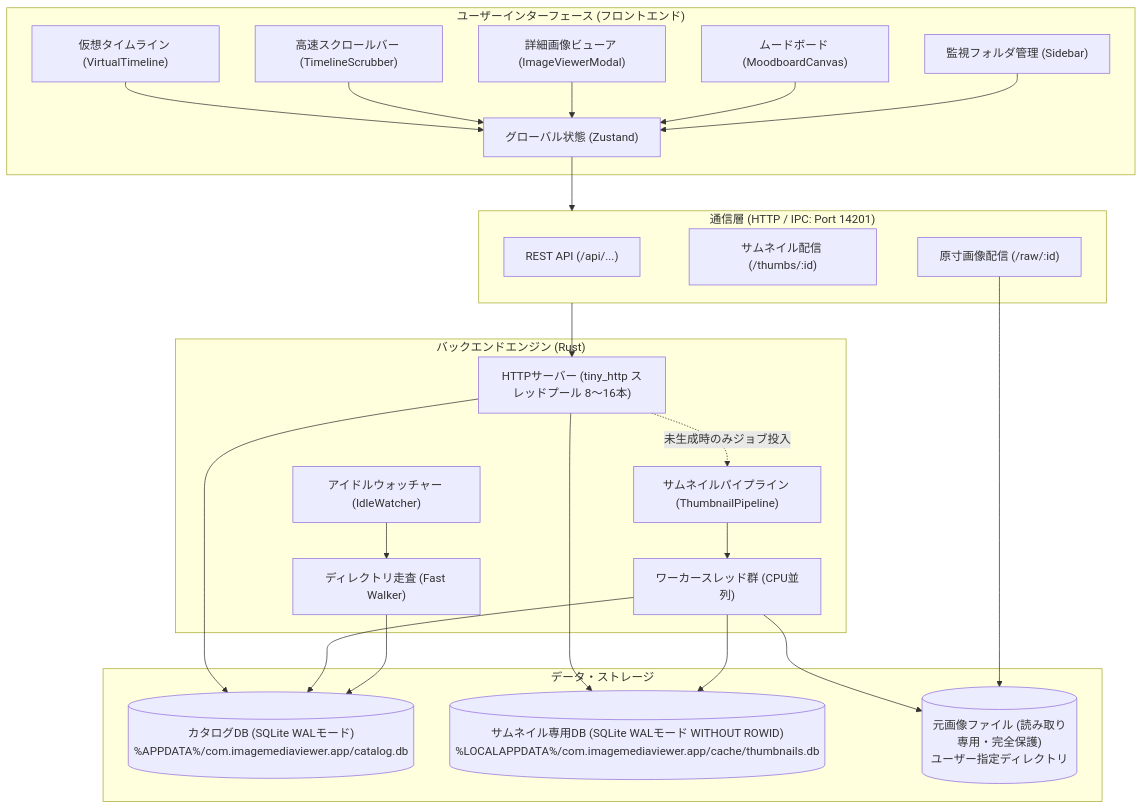
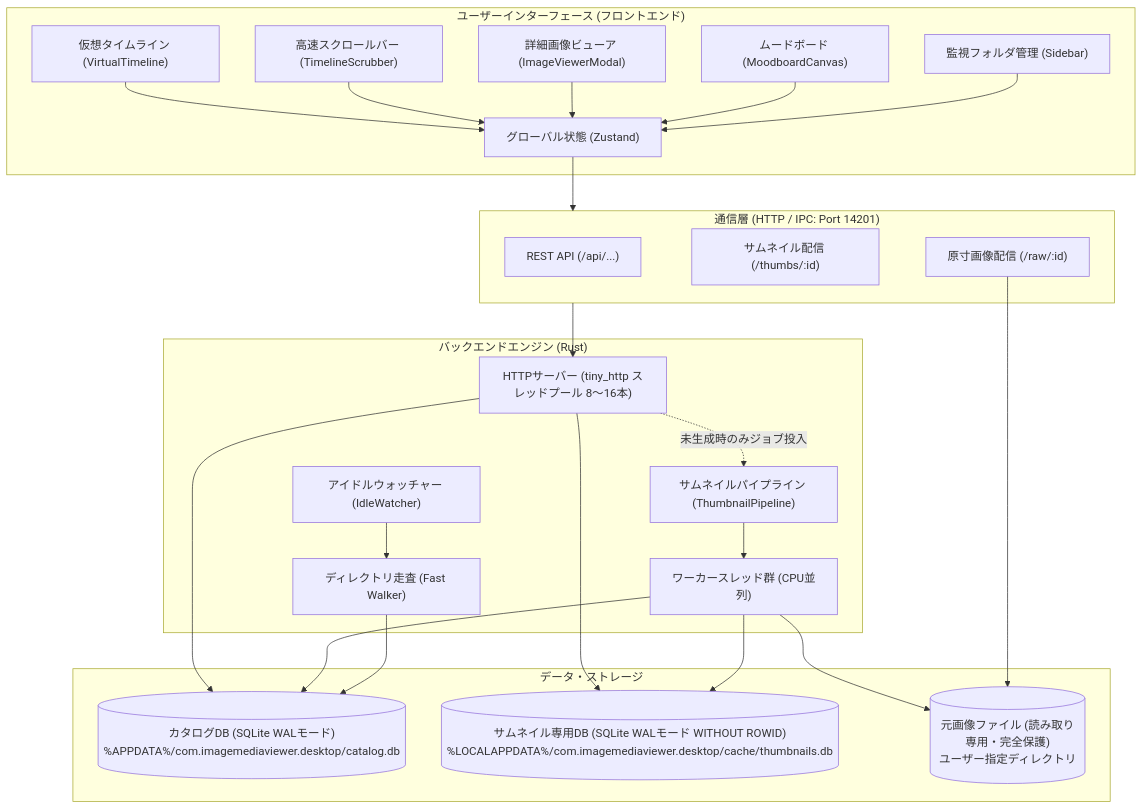
Before and after one commit to irinanpic/ImageMediaViewer: the first of 4 diagrams in docs/DESIGN.md, drawn with Mermaid. The commit also changed other lines of this file and 18 other files, not shown here.

````diff
--- a/docs/DESIGN.md
+++ b/docs/DESIGN.md
@@ -11,51 +11,51 @@
 ```mermaid
 flowchart TD
     subgraph UI ["ユーザーインターフェース (フロントエンド)"]
         Timeline["仮想タイムライン (VirtualTimeline)"]
         Scrubber["高速スクロールバー (TimelineScrubber)"]
         Viewer["詳細画像ビューア (ImageViewerModal)"]
         Board["ムードボード (MoodboardCanvas)"]
         Sidebar["監視フォルダ管理 (Sidebar)"]
         Store["グローバル状態 (Zustand)"]
     end
 
     subgraph Transport ["通信層 (HTTP / IPC: Port 14201)"]
         API["REST API (/api/...)"]
         ThumbRoute["サムネイル配信 (/thumbs/:id)"]
         RawRoute["原寸画像配信 (/raw/:id)"]
     end
 
     subgraph Backend ["バックエンドエンジン (Rust)"]
         Server["HTTPサーバー (tiny_http スレッドプール 8〜16本)"]
         Pipeline["サムネイルパイプライン (ThumbnailPipeline)"]
         WorkerPool["ワーカースレッド群 (CPU並列)"]
         Watcher["アイドルウォッチャー (IdleWatcher)"]
         Scanner["ディレクトリ走査 (Fast Walker)"]
     end
 
     subgraph Storage ["データ・ストレージ"]
-        DB[("カタログDB (SQLite WALモード)\n%APPDATA%/com.imagemediaviewer.app/catalog.db")]
-        ThumbDB[("サムネイル専用DB (SQLite WALモード WITHOUT ROWID)\n%LOCALAPPDATA%/com.imagemediaviewer.app/cache/thumbnails.db")]
+        DB[("カタログDB (SQLite WALモード)\n%APPDATA%/com.imagemediaviewer.desktop/catalog.db")]
+        ThumbDB[("サムネイル専用DB (SQLite WALモード WITHOUT ROWID)\n%LOCALAPPDATA%/com.imagemediaviewer.desktop/cache/thumbnails.db")]
         OriginalFiles[("元画像ファイル (読み取り専用・完全保護)\nユーザー指定ディレクトリ")]
     end
 
     Timeline --> Store
     Scrubber --> Store
     Viewer --> Store
     Board --> Store
     Sidebar --> Store
 
     Store --> Transport
     Transport --> Server
 
     Server --> DB
     Server --> ThumbDB
     Server -. "未生成時のみジョブ投入" .-> Pipeline
     Pipeline --> WorkerPool
     WorkerPool --> OriginalFiles
     WorkerPool --> ThumbDB
     WorkerPool --> DB
     Watcher --> Scanner
     Scanner --> DB
     RawRoute --> OriginalFiles
 ```
````
